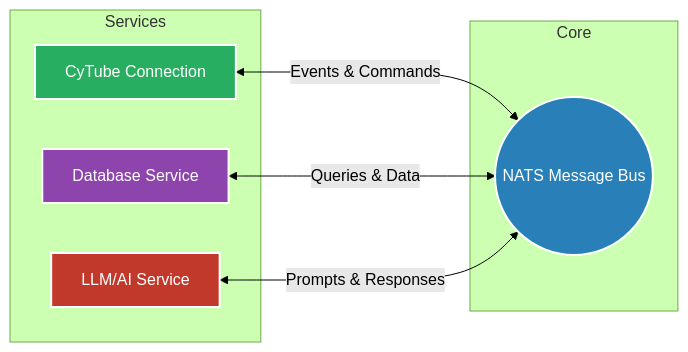
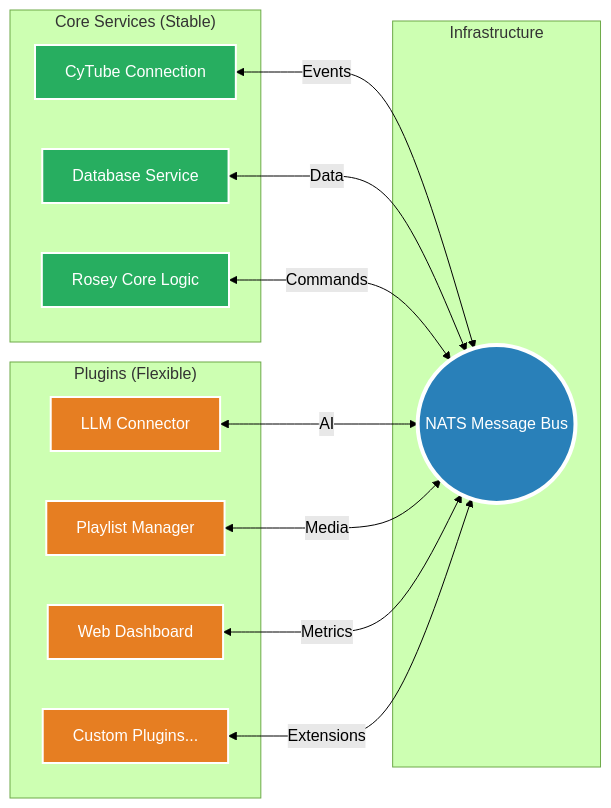
One commit to grobertson/Rosey-Robot changed the diagram in README.md. Above: the diagram before and after it, drawn with Mermaid (forest theme). The commit also changed other lines of this file and 1 other file, not shown here.

Commit message:
Add Rosey logo to README

````diff
--- a/README.md
+++ b/README.md
@@ -15,21 +17,39 @@
 ```mermaid
 graph LR
-    subgraph Core
+    subgraph Infrastructure
         N((NATS Message Bus))
     end
 
-    subgraph Services
+    subgraph "Core Services (Stable)"
         C[CyTube Connection]
         D[Database Service]
-        L[LLM/AI Service]
+        R[Rosey Core Logic]
     end
 
-    C <-->|Events & Commands| N
-    D <-->|Queries & Data| N
-    L <-->|Prompts & Responses| N
+    subgraph "Plugins (Flexible)"
+        L[LLM Connector]
+        P[Playlist Manager]
+        W[Web Dashboard]
+        X[Custom Plugins...]
+    end
 
-    style N fill:#2980b9,stroke:#fff,stroke-width:2px,color:#fff
+    C <-->|Events| N
+    D <-->|Data| N
+    R <-->|Commands| N
+    
+    L <-->|AI| N
+    P <-->|Media| N
+    W <-->|Metrics| N
+    X <-->|Extensions| N
+
+    style N fill:#2980b9,stroke:#fff,stroke-width:4px,color:#fff
+    
     style C fill:#27ae60,stroke:#fff,stroke-width:2px,color:#fff
-    style D fill:#8e44ad,stroke:#fff,stroke-width:2px,color:#fff
-    style L fill:#c0392b,stroke:#fff,stroke-width:2px,color:#fff
+    style D fill:#27ae60,stroke:#fff,stroke-width:2px,color:#fff
+    style R fill:#27ae60,stroke:#fff,stroke-width:2px,color:#fff
+
+    style L fill:#e67e22,stroke:#fff,stroke-width:2px,color:#fff
+    style P fill:#e67e22,stroke:#fff,stroke-width:2px,color:#fff
+    style W fill:#e67e22,stroke:#fff,stroke-width:2px,color:#fff
+    style X fill:#e67e22,stroke:#fff,stroke-width:2px,color:#fff
 ```
````
